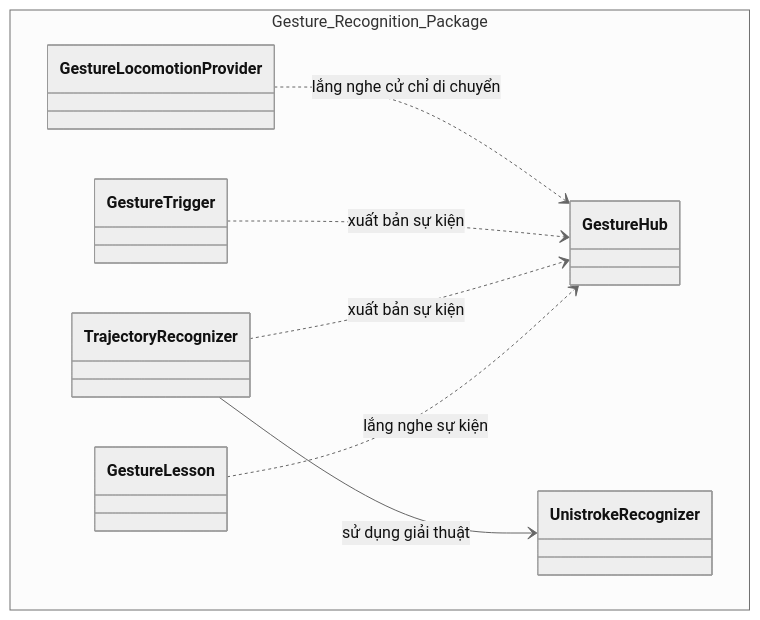
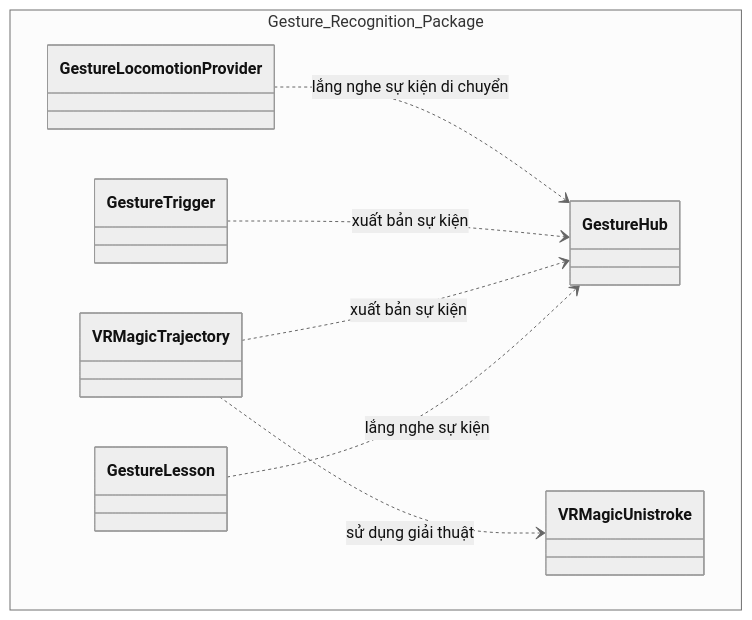
The third of 7 diagrams in docs/DATN/12-Chương_5_Các_giải_pháp_và_đóng_góp_nổi_bật.md (MinhTrinh04/ASL), drawn with Mermaid before and after one commit. The commit also changed other lines of this file and 3 other files, not shown here.

````diff
--- a/docs/DATN/12-Chương_5_Các_giải_pháp_và_đóng_góp_nổi_bật.md
+++ b/docs/DATN/12-Chương_5_Các_giải_pháp_và_đóng_góp_nổi_bật.md
@@ -92,18 +92,18 @@
 ```mermaid
 %%{init: {'theme': 'neutral'}}%%
 classDiagram
     namespace Gesture_Recognition_Package {
         class GestureHub
         class GestureLesson
-        class TrajectoryRecognizer
-        class UnistrokeRecognizer
+        class VRMagicTrajectory
+        class VRMagicUnistroke
         class GestureTrigger
         class GestureLocomotionProvider
     }
 
     GestureLesson ..> GestureHub : lắng nghe sự kiện
-    TrajectoryRecognizer ..> GestureHub : xuất bản sự kiện
-    TrajectoryRecognizer --> UnistrokeRecognizer : sử dụng giải thuật
+    VRMagicTrajectory ..> GestureHub : xuất bản sự kiện
+    VRMagicTrajectory ..> VRMagicUnistroke : sử dụng giải thuật
     GestureTrigger ..> GestureHub : xuất bản sự kiện
-    GestureLocomotionProvider ..> GestureHub : lắng nghe cử chỉ di chuyển
+    GestureLocomotionProvider ..> GestureHub : lắng nghe sự kiện di chuyển
 ```
````
